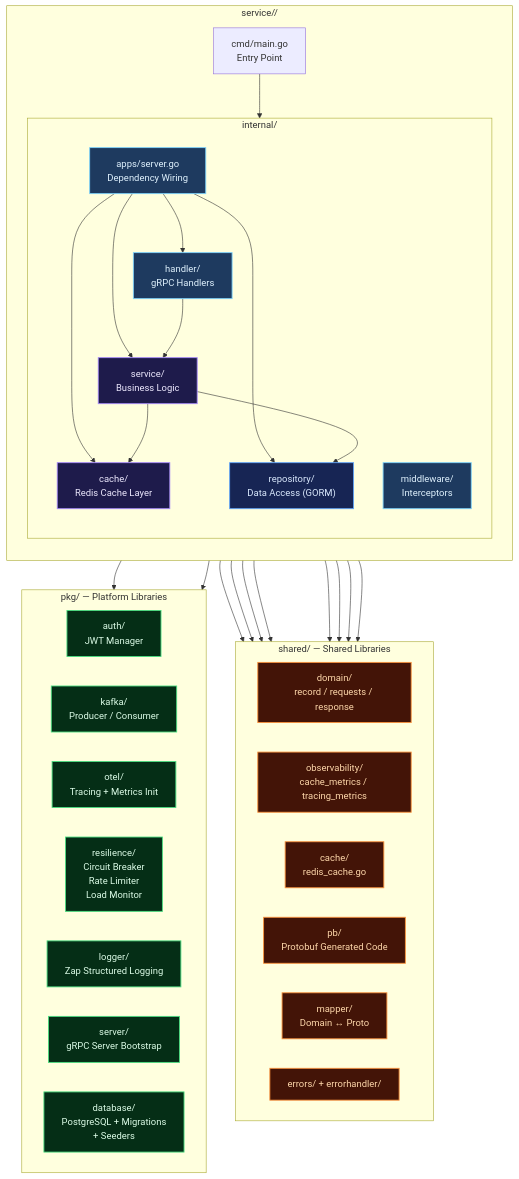
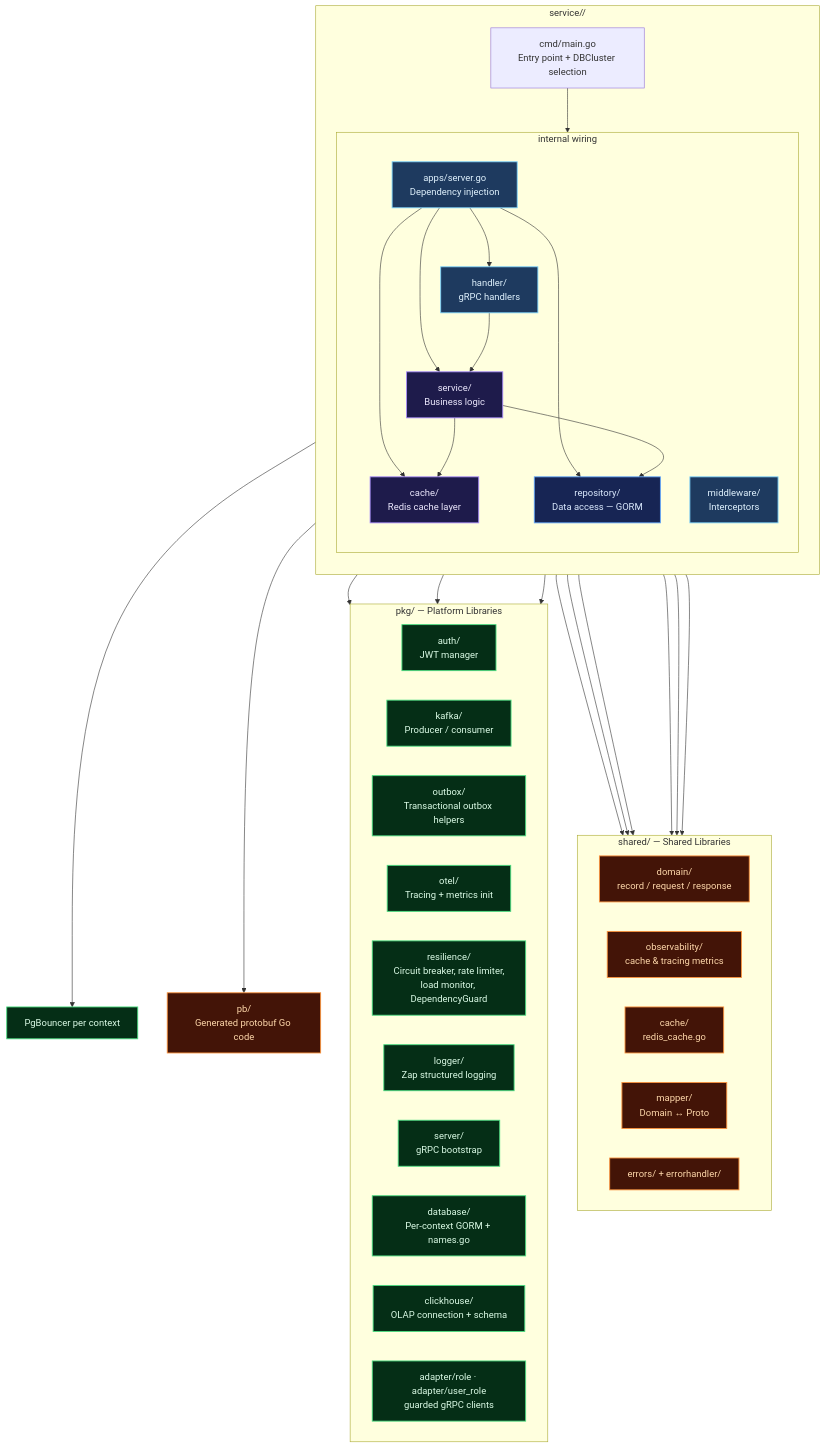
The seventh of 13 diagrams in README.md (MamangRust/microservice-pointofsale-gorm-graphql), drawn with Mermaid before and after one commit. The commit also changed other lines of this file and 363 other files, not shown here.

Commit message:
PostgreSQL cluster-per-bounded-context

````diff
--- a/README.md
+++ b/README.md
@@ -186,65 +527,71 @@
 ```mermaid
 graph TB
     classDef handler fill:#1e3a5f,stroke:#7dd3fc,color:#e0f2fe,stroke-width:1.5px
     classDef service fill:#1e1b4b,stroke:#a78bfa,color:#ede9fe,stroke-width:1.5px
     classDef repo fill:#172554,stroke:#60a5fa,color:#dbeafe,stroke-width:1.5px
     classDef infra fill:#052e16,stroke:#4ade80,color:#dcfce7,stroke-width:1.5px
     classDef shared fill:#431407,stroke:#fb923c,color:#fed7aa,stroke-width:1.5px
 
     subgraph Service["service/<name>/"]
         direction TB
 
-        CMD["cmd/main.go<br/>Entry Point"]
+        CMD["cmd/main.go<br/>Entry point + DBCluster selection"]
 
-        subgraph Internal["internal/"]
+        subgraph Internal["internal wiring"]
             direction TB
-            APPS["apps/server.go<br/>Dependency Wiring"]:::handler
-            HANDLER["handler/<br/>gRPC Handlers"]:::handler
+            APPS["apps/server.go<br/>Dependency injection"]:::handler
+            HANDLER["handler/<br/>gRPC handlers"]:::handler
             MW["middleware/<br/>Interceptors"]:::handler
-            SVC["service/<br/>Business Logic"]:::service
-            CACHE["cache/<br/>Redis Cache Layer"]:::service
-            REPO["repository/<br/>Data Access (GORM)"]:::repo
+            SVC["service/<br/>Business logic"]:::service
+            CACHE["cache/<br/>Redis cache layer"]:::service
+            REPO["repository/<br/>Data access — GORM"]:::repo
         end
 
         CMD --> APPS
         APPS --> HANDLER
         APPS --> SVC
         APPS --> CACHE
         APPS --> REPO
         HANDLER --> SVC
         SVC --> REPO
         SVC --> CACHE
     end
 
     subgraph SharedLibs["shared/ — Shared Libraries"]
         direction LR
-        DOMAIN["domain/<br/>record / requests / response"]:::shared
-        OBS["observability/<br/>cache_metrics / tracing_metrics"]:::shared
+        DOMAIN["domain/<br/>record / request / response"]:::shared
+        OBS["observability/<br/>cache & tracing metrics"]:::shared
         CACHESHARED["cache/<br/>redis_cache.go"]:::shared
-        PB["pb/<br/>Protobuf Generated Code"]:::shared
         MAPPER["mapper/<br/>Domain ↔ Proto"]:::shared
         ERRORS["errors/ + errorhandler/"]:::shared
     end
 
     subgraph PkgLibs["pkg/ — Platform Libraries"]
         direction LR
-        PKGAUTH["auth/<br/>JWT Manager"]:::infra
-        PKGKAFKA["kafka/<br/>Producer / Consumer"]:::infra
-        PKGOTEL["otel/<br/>Tracing + Metrics Init"]:::infra
-        PKGRES["resilience/<br/>Circuit Breaker<br/>Rate Limiter<br/>Load Monitor"]:::infra
-        PKGLOG["logger/<br/>Zap Structured Logging"]:::infra
-        PKGSRV["server/<br/>gRPC Server Bootstrap"]:::infra
-        PKGDB["database/<br/>PostgreSQL + Migrations<br/>+ Seeders"]:::infra
+        PKGAUTH["auth/<br/>JWT manager"]:::infra
+        PKGKAFKA["kafka/<br/>Producer / consumer"]:::infra
+        PKGOUTBOX["outbox/<br/>Transactional outbox helpers"]:::infra
+        PKGOTEL["otel/<br/>Tracing + metrics init"]:::infra
+        PKGRES["resilience/<br/>Circuit breaker, rate limiter,<br/>load monitor, DependencyGuard"]:::infra
+        PKGLOG["logger/<br/>Zap structured logging"]:::infra
+        PKGSRV["server/<br/>gRPC bootstrap"]:::infra
+        PKGDB["database/<br/>Per-context GORM + names.go"]:::infra
+        PKGCH["clickhouse/<br/>OLAP connection + schema"]:::infra
+        PKGADAPTER["adapter/role · adapter/user_role<br/>guarded gRPC clients"]:::infra
     end
 
+    PB["pb/<br/>Generated protobuf Go code"]:::shared
+    PGB_EXT["PgBouncer per context"]:::infra
+
     REPO --> DOMAIN
-    REPO --> PB
+    REPO --> PGB_EXT
     SVC --> DOMAIN
     SVC --> OBS
     HANDLER --> PB
     HANDLER --> MAPPER
     APPS --> PKGSRV
     APPS --> PKGOTEL
     APPS --> CACHESHARED
+    APPS --> PKGADAPTER
     APPS --> OBS
 ```
````
